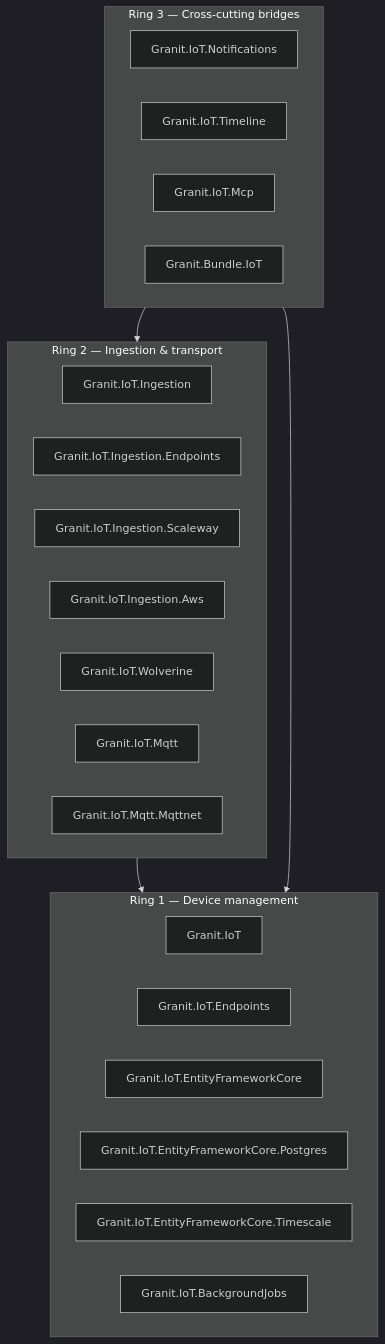
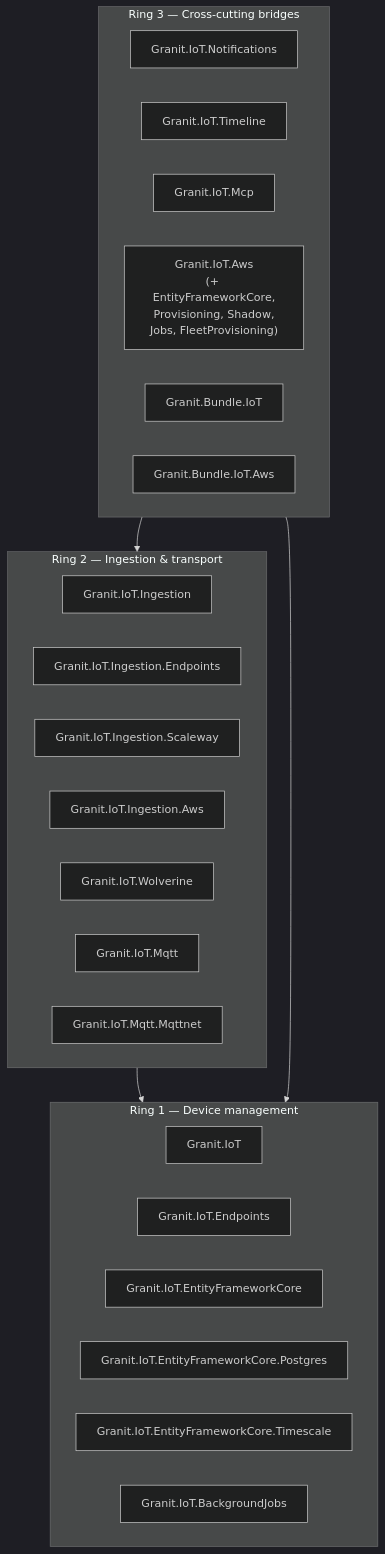
The first of 2 diagrams in docs/architecture.md (granit-fx/granit-iot), drawn with Mermaid (dark theme) before and after one commit. The commit also changed other lines of this file and 7 other files, not shown here.

First line of the commit message:
chore(aws): cross-cutting — bundle, NOTICES, docs (#51)

````diff
--- a/docs/architecture.md
+++ b/docs/architecture.md
@@ -42,29 +42,31 @@
 ```mermaid
 flowchart TB
   subgraph R3["Ring 3 — Cross-cutting bridges"]
     N["Granit.IoT.Notifications"]
     T["Granit.IoT.Timeline"]
     MCP["Granit.IoT.Mcp"]
+    AWS["Granit.IoT.Aws<br/>(+ EntityFrameworkCore,<br/>Provisioning, Shadow,<br/>Jobs, FleetProvisioning)"]
     B["Granit.Bundle.IoT"]
+    BAWS["Granit.Bundle.IoT.Aws"]
   end
   subgraph R2["Ring 2 — Ingestion & transport"]
     I["Granit.IoT.Ingestion"]
     IE["Granit.IoT.Ingestion.Endpoints"]
     IS["Granit.IoT.Ingestion.Scaleway"]
     IA["Granit.IoT.Ingestion.Aws"]
     W["Granit.IoT.Wolverine"]
     M["Granit.IoT.Mqtt"]
     MM["Granit.IoT.Mqtt.Mqttnet"]
   end
   subgraph R1["Ring 1 — Device management"]
     IOT["Granit.IoT"]
     EP["Granit.IoT.Endpoints"]
     EF["Granit.IoT.EntityFrameworkCore"]
     EFP["Granit.IoT.EntityFrameworkCore.Postgres"]
     EFT["Granit.IoT.EntityFrameworkCore.Timescale"]
     BJ["Granit.IoT.BackgroundJobs"]
   end
   R2 --> R1
   R3 --> R2
   R3 --> R1
 ```
````
